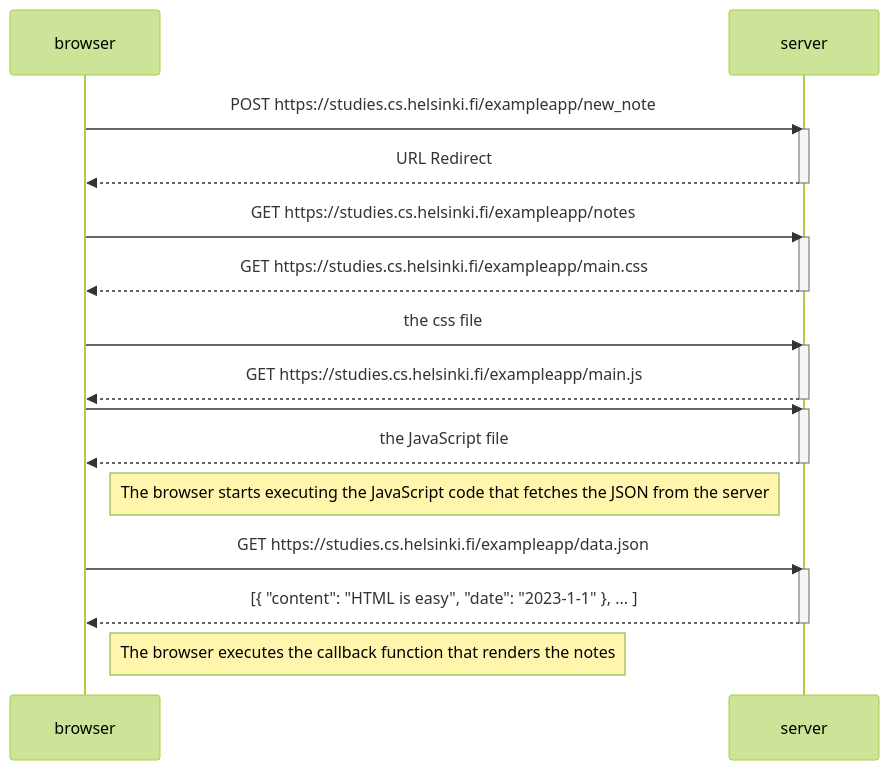
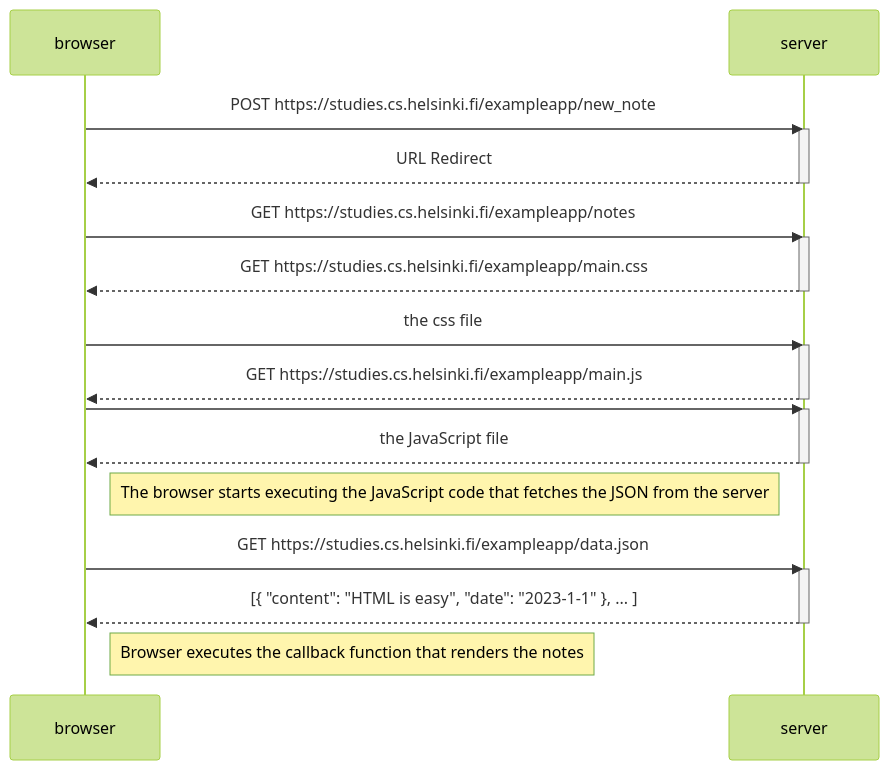
The diagram in part0/exercise4.md (ConradPB/Exercises), drawn with Mermaid (forest theme) before and after one commit.

````diff
--- a/part0/exercise4.md
+++ b/part0/exercise4.md
@@ -4,35 +4,35 @@
 ```mermaid
 
 sequenceDiagram
     participant browser
     participant server
 
     browser->>server: POST https://studies.cs.helsinki.fi/exampleapp/new_note
     activate server
     server-->>browser: URL Redirect
     deactivate server
 
     browser->>server: GET https://studies.cs.helsinki.fi/exampleapp/notes
     activate server
     server-->>browser: GET https://studies.cs.helsinki.fi/exampleapp/main.css
     deactivate server
 
     browser->>server: the css file
     activate server
     server-->>browser: GET https://studies.cs.helsinki.fi/exampleapp/main.js
     deactivate server
 
     browser->>server: 
     activate server
     server-->>browser: the JavaScript file
     deactivate server
 
     Note right of browser: The browser starts executing the JavaScript code that fetches the JSON from the server
 
     browser->>server: GET https://studies.cs.helsinki.fi/exampleapp/data.json
     activate server
     server-->>browser: [{ "content": "HTML is easy", "date": "2023-1-1" }, ... ]
     deactivate server
 
-    Note right of browser: The browser executes the callback function that renders the notes
+    Note right of browser: Browser executes the callback function that renders the notes
 ```
````
